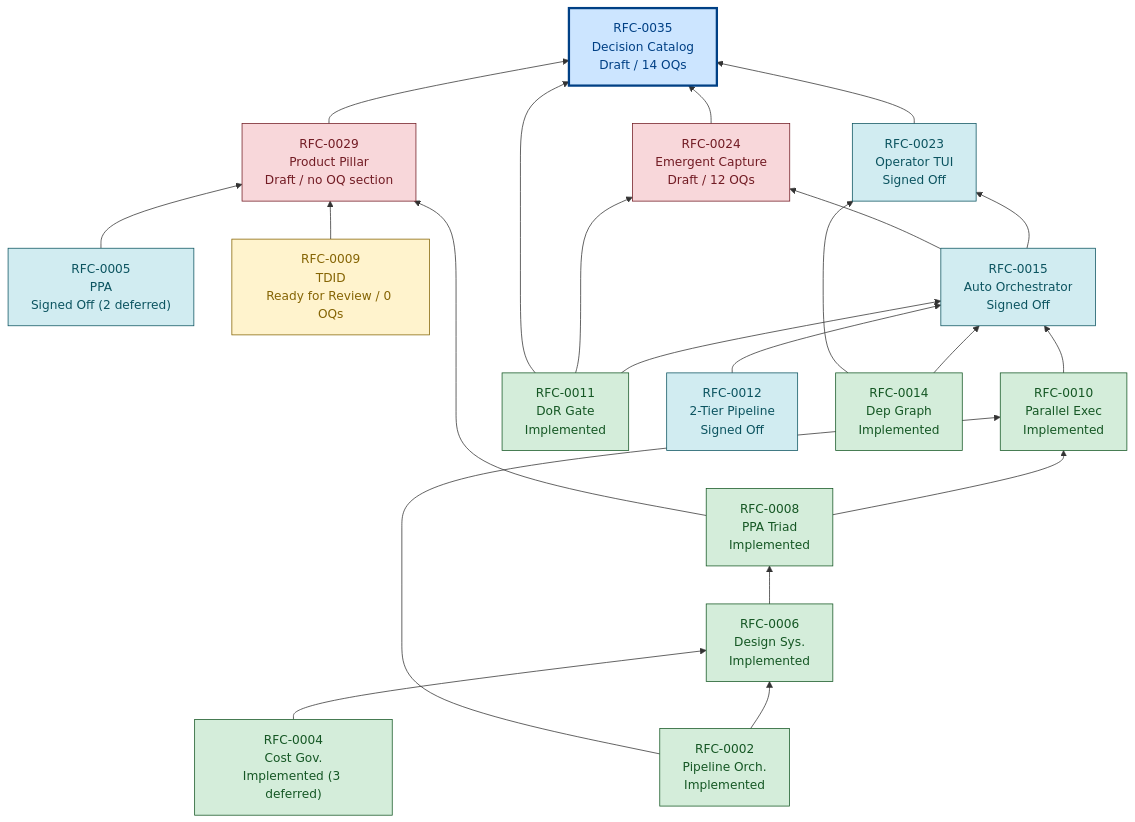
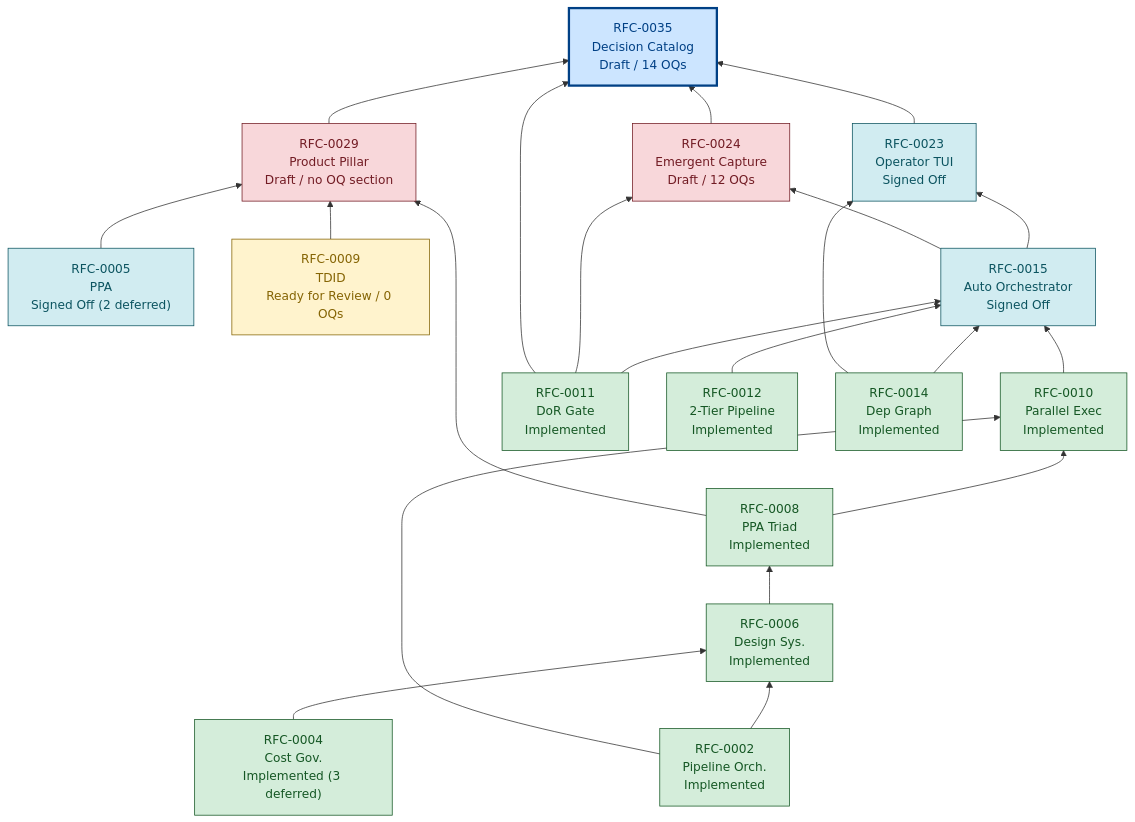
One commit to ai-sdlc-framework/ai-sdlc changed the diagram in spec/rfcs/README.md. Above: the diagram before and after it, drawn with Mermaid. The commit also changed other lines of this file and 1 other file, not shown here.

````diff
--- a/spec/rfcs/README.md
+++ b/spec/rfcs/README.md
@@ -442,55 +442,55 @@
 ```mermaid
 graph BT
     %% Critical-path graph rooted at RFC-0035 (Decision Catalog)
     %% Edge direction: child requires parent (bottom-up)
     %% Color: green = design locked, blue = signed off, yellow = ready for review / 0 OQs draft, red = OQs open, bold = target
 
     RFC0002["RFC-0002<br/>Pipeline Orch.<br/>Implemented"]
     RFC0004["RFC-0004<br/>Cost Gov.<br/>Implemented (3 deferred)"]
     RFC0005["RFC-0005<br/>PPA<br/>Signed Off (2 deferred)"]
     RFC0006["RFC-0006<br/>Design Sys.<br/>Implemented"]
     RFC0008["RFC-0008<br/>PPA Triad<br/>Implemented"]
     RFC0009["RFC-0009<br/>TDID<br/>Ready for Review / 0 OQs"]
     RFC0010["RFC-0010<br/>Parallel Exec<br/>Implemented"]
     RFC0011["RFC-0011<br/>DoR Gate<br/>Implemented"]
-    RFC0012["RFC-0012<br/>2-Tier Pipeline<br/>Signed Off"]
+    RFC0012["RFC-0012<br/>2-Tier Pipeline<br/>Implemented"]
     RFC0014["RFC-0014<br/>Dep Graph<br/>Implemented"]
     RFC0015["RFC-0015<br/>Auto Orchestrator<br/>Signed Off"]
     RFC0023["RFC-0023<br/>Operator TUI<br/>Signed Off"]
     RFC0024["RFC-0024<br/>Emergent Capture<br/>Draft / 12 OQs"]
     RFC0029["RFC-0029<br/>Product Pillar<br/>Draft / no OQ section"]
     RFC0035["RFC-0035<br/>Decision Catalog<br/>Draft / 14 OQs"]
 
     RFC0002 --> RFC0006
     RFC0004 --> RFC0006
     RFC0006 --> RFC0008
     RFC0002 --> RFC0010
     RFC0008 --> RFC0010
     RFC0010 --> RFC0015
     RFC0011 --> RFC0015
     RFC0012 --> RFC0015
     RFC0014 --> RFC0015
     RFC0014 --> RFC0023
     RFC0015 --> RFC0023
     RFC0011 --> RFC0024
     RFC0015 --> RFC0024
     RFC0005 --> RFC0029
     RFC0008 --> RFC0029
     RFC0009 --> RFC0029
     RFC0011 --> RFC0035
     RFC0023 --> RFC0035
     RFC0024 --> RFC0035
     RFC0029 --> RFC0035
 
     classDef implemented fill:#d4edda,stroke:#155724,color:#155724
     classDef signedOff fill:#d1ecf1,stroke:#0c5460,color:#0c5460
     classDef readyOrZero fill:#fff3cd,stroke:#856404,color:#856404
     classDef draftOpen fill:#f8d7da,stroke:#721c24,color:#721c24
     classDef target fill:#cce5ff,stroke:#004085,color:#004085,stroke-width:3px
 
-    class RFC0002,RFC0004,RFC0006,RFC0008,RFC0010,RFC0011,RFC0014 implemented
-    class RFC0005,RFC0012,RFC0015,RFC0023 signedOff
+    class RFC0002,RFC0004,RFC0006,RFC0008,RFC0010,RFC0011,RFC0012,RFC0014 implemented
+    class RFC0005,RFC0015,RFC0023 signedOff
     class RFC0009 readyOrZero
     class RFC0024,RFC0029 draftOpen
     class RFC0035 target
 ```
````
